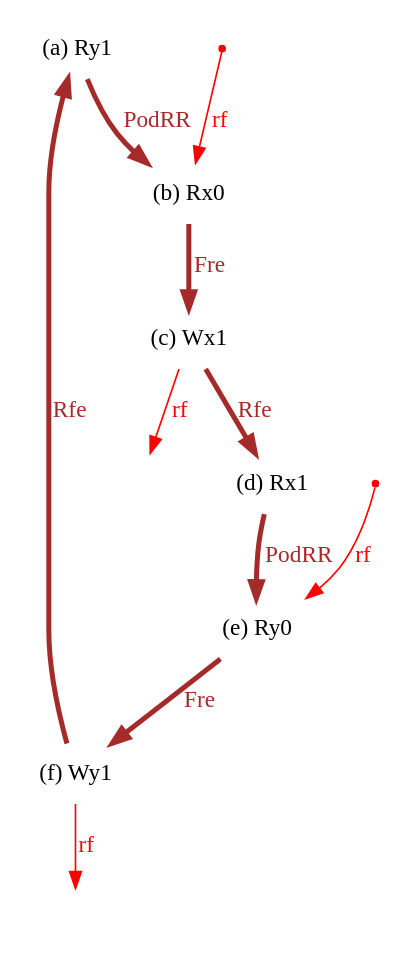
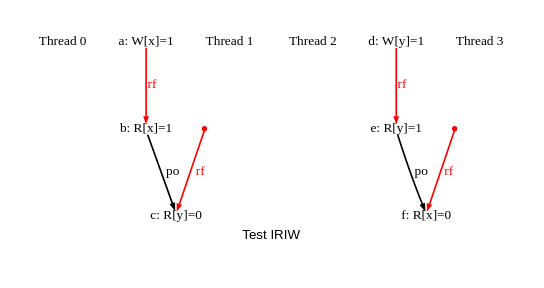
One commit to vinodgro/herdtools changed the diagram in diy/doc/iriw.dot. Above: the diagram before and after it, drawn with Graphviz. The commit also changed 954 other files, not shown here.

```diff
--- a/diy/doc/iriw.dot
+++ b/diy/doc/iriw.dot
@@ -1,45 +1,53 @@
 digraph G {
 
 splines=true;
  
 overlap=scale;
  
-compound=true;
- 
+margin="0.0";
+
+pad="0.2";
+
+margin="0.0";
+
+fontname="Arial";
+
+/* legend */
+fontsize=8 label="Test IRIW "; 
+
 
 /* the unlocked events */
-eiid0 [shape=plaintext  ] [color=blue] [rank=sink] [label="(a) Ry1" ];
-eiid1 [shape=plaintext  ] [color=blue] [rank=sink] [label="(b) Rx0" ];
-eiid2 [shape=plaintext  ] [color=blue] [rank=sink] [label="(c) Wx1" ];
-eiid3 [shape=plaintext  ] [color=blue] [rank=sink] [label="(d) Rx1" ];
-eiid4 [shape=plaintext  ] [color=blue] [rank=sink] [label="(e) Ry0" ];
-eiid5 [shape=plaintext  ] [color=blue] [rank=sink] [label="(f) Wy1" ];
+ proc0_label_node [ shape=plaintext,fontsize=8,label = "Thread 0",pos="1.000000,0.500000!" ][fixedsize="true"][width=0.45][height=0.1]; 
+eiid0 [shape=plaintext ,fontsize=8 ] [color=blue] [rank=sink] [label="a: W[x]=1" pos="1.000000,0.350000!"][fixedsize="true"][width=0.45][height=0.1];
+ proc1_label_node [ shape=plaintext,fontsize=8,label = "Thread 1",pos="1.700000,0.500000!" ][fixedsize="true"][width=0.45][height=0.1]; 
+eiid1 [shape=plaintext ,fontsize=8 ] [color=blue] [rank=sink] [label="b: R[x]=1" pos="1.700000,0.350000!"][fixedsize="true"][width=0.45][height=0.1];
+eiid2 [shape=plaintext ,fontsize=8 ] [color=blue] [rank=sink] [label="c: R[y]=0" pos="1.700000,0.000000!"][fixedsize="true"][width=0.45][height=0.1];
+ proc2_label_node [ shape=plaintext,fontsize=8,label = "Thread 2",pos="2.400000,0.500000!" ][fixedsize="true"][width=0.45][height=0.1]; 
+eiid3 [shape=plaintext ,fontsize=8 ] [color=blue] [rank=sink] [label="d: W[y]=1" pos="2.400000,0.350000!"][fixedsize="true"][width=0.45][height=0.1];
+ proc3_label_node [ shape=plaintext,fontsize=8,label = "Thread 3",pos="3.100000,0.500000!" ][fixedsize="true"][width=0.45][height=0.1]; 
+eiid4 [shape=plaintext ,fontsize=8 ] [color=blue] [rank=sink] [label="e: R[y]=1" pos="3.100000,0.350000!"][fixedsize="true"][width=0.45][height=0.1];
+eiid5 [shape=plaintext ,fontsize=8 ] [color=blue] [rank=sink] [label="f: R[x]=0" pos="3.100000,0.000000!"][fixedsize="true"][width=0.45][height=0.1];
 
 /* the intra_causality_data edges */
 
 
 /* the intra_causality_control edges */
 
- /* the rfmap edges */
-finaleiid2 [shape=none, label=""];
-eiid2 -> finaleiid2 [label="rf", color="red", fontcolor="red"];
-finaleiid5 [shape=none, label=""];
-eiid5 -> finaleiid5 [label="rf", color="red", fontcolor="red"];
-initeiid1 [label="", shape=point , color="red"];
-initeiid1 -> eiid1 [label="rf", color="red", fontcolor="red"];
-initeiid4 [label="", shape=point , color="red"];
-initeiid4 -> eiid4 [label="rf", color="red", fontcolor="red"];
+/* the poi edges */
+eiid1 -> eiid2 [label="po",fontsize=8][arrowsize="0.3"];
+eiid4 -> eiid5 [label="po",fontsize=8][arrowsize="0.3"];
+/* the rfmap edges */
+eiid0 -> eiid1 [label="rf", color="red", fontcolor="red",fontsize=8][arrowsize="0.3"];
+initeiid2 [label="", shape=point , width=0.03, height=0.03 , color="red", pos="1.300000,0.100000!"];
+initeiid2 -> eiid2 [label="rf", color="red", fontcolor="red",fontsize=8][arrowsize="0.3"];
+eiid3 -> eiid4 [label="rf", color="red", fontcolor="red",fontsize=8][arrowsize="0.3"];
+initeiid5 [label="", shape=point , width=0.03, height=0.03 , color="red", pos="2.700000,0.100000!"];
+initeiid5 -> eiid5 [label="rf", color="red", fontcolor="red",fontsize=8][arrowsize="0.3"];
 
 /* the view order edges */
 
 /* The viewed-before edges */
-eiid0 -> eiid1 [label="PodRR", color="brown", fontcolor="brown", style="setlinewidth(3)"];
-eiid3 -> eiid4 [label="PodRR", color="brown", fontcolor="brown", style="setlinewidth(3)"];
-eiid1 -> eiid2 [label="Fre", color="brown", fontcolor="brown", style="setlinewidth(3)"];
-eiid4 -> eiid5 [label="Fre", color="brown", fontcolor="brown", style="setlinewidth(3)"];
-eiid2 -> eiid3 [label="Rfe", color="brown", fontcolor="brown", style="setlinewidth(3)"];
-eiid5 -> eiid0 [label="Rfe", color="brown", fontcolor="brown", style="setlinewidth(3)"];
 /* The calculated basic viewed-before edges */
 
 /* the groupA and groupB of barriers */
 }
```
